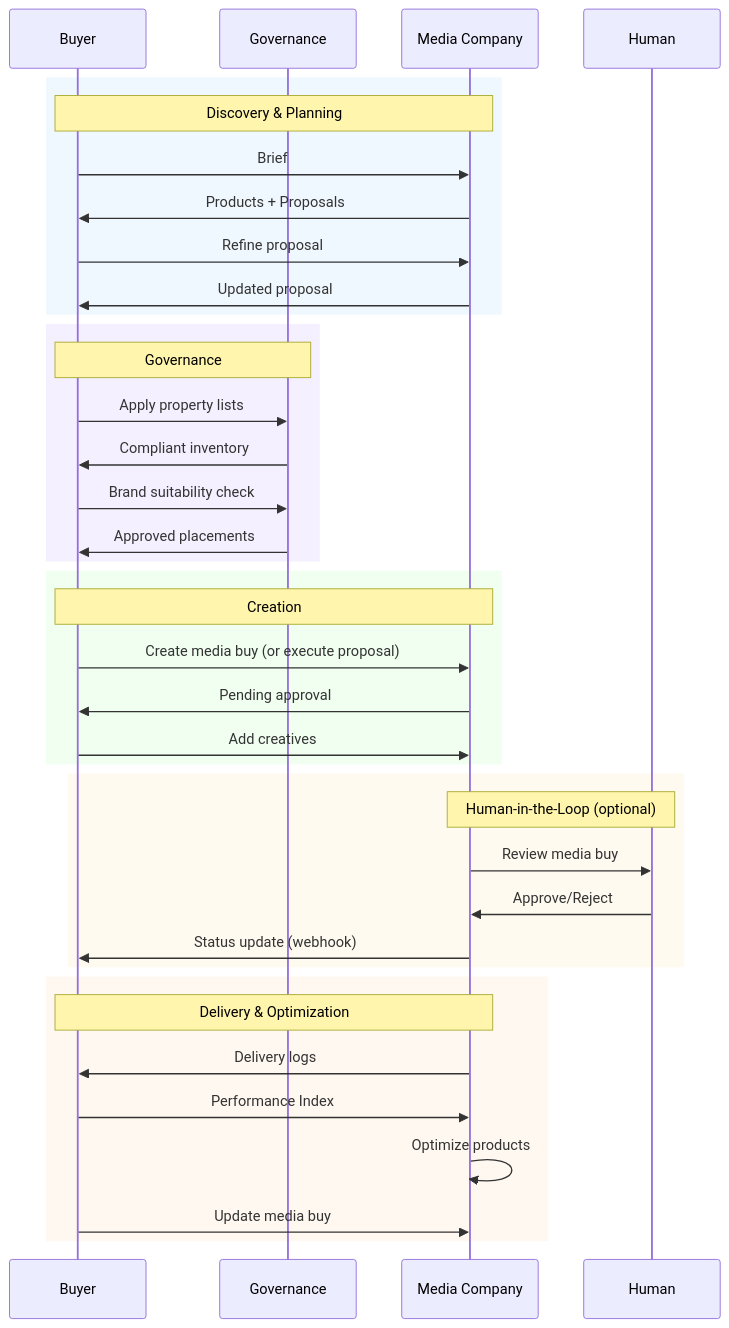
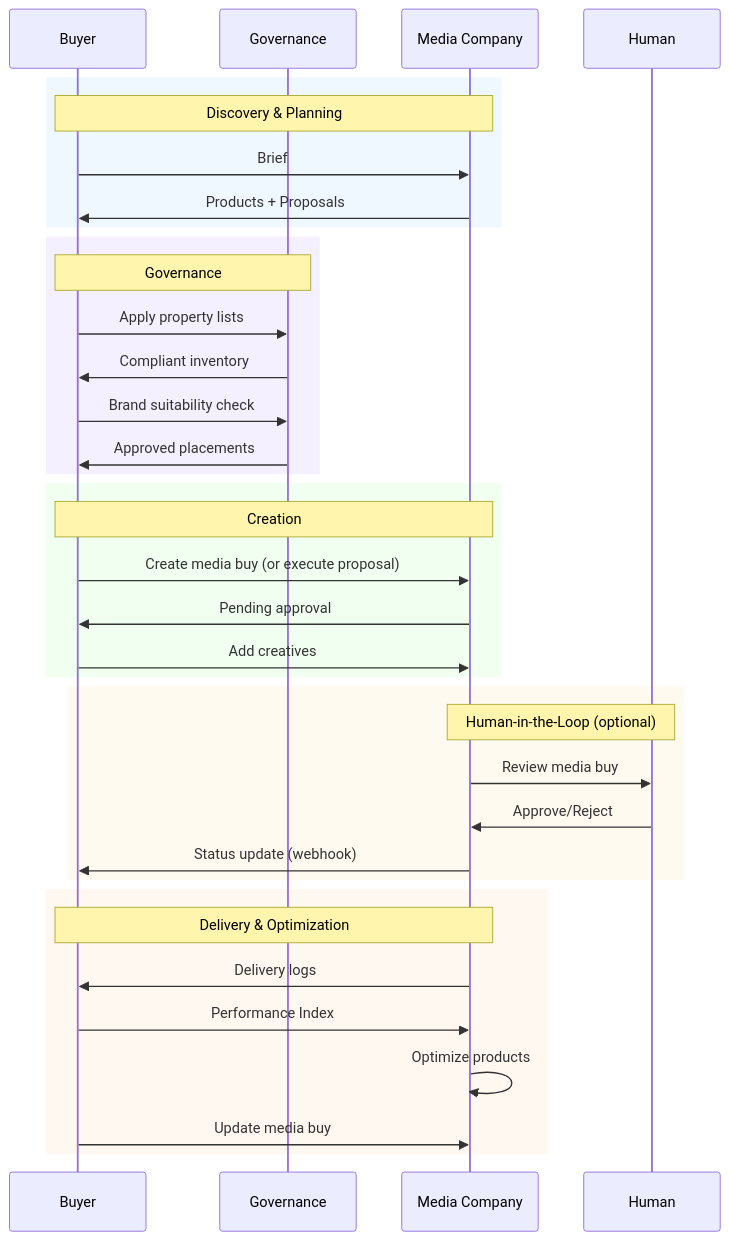
One commit to adcontextprotocol/adcp changed the diagram in docs/media-buy/index.mdx. Above: the diagram before and after it, drawn with Mermaid. The commit also changed 9 other files, not shown here.

````diff
--- a/docs/media-buy/index.mdx
+++ b/docs/media-buy/index.mdx
@@ -203,45 +203,43 @@
 ```mermaid
 sequenceDiagram
     participant P as Buyer
     participant G as Governance
     participant MC as Media Company
     participant H as Human
 
     rect rgb(240, 248, 255)
         Note over P,MC: Discovery & Planning
         P->>MC: Brief
         MC->>P: Products + Proposals
-        P->>MC: Refine proposal
-        MC->>P: Updated proposal
     end
 
     rect rgb(245, 240, 255)
         Note over P,G: Governance
         P->>G: Apply property lists
         G->>P: Compliant inventory
         P->>G: Brand suitability check
         G->>P: Approved placements
     end
 
     rect rgb(240, 255, 240)
         Note over P,MC: Creation
         P->>MC: Create media buy (or execute proposal)
         MC->>P: Pending approval
         P->>MC: Add creatives
     end
 
     rect rgb(255, 250, 240)
         Note over MC,H: Human-in-the-Loop (optional)
         MC->>H: Review media buy
         H->>MC: Approve/Reject
         MC->>P: Status update (webhook)
     end
 
     rect rgb(255, 248, 240)
         Note over P,MC: Delivery & Optimization
         MC->>P: Delivery logs
         P->>MC: Performance Index
         MC->>MC: Optimize products
         P->>MC: Update media buy
     end
 ```
````
